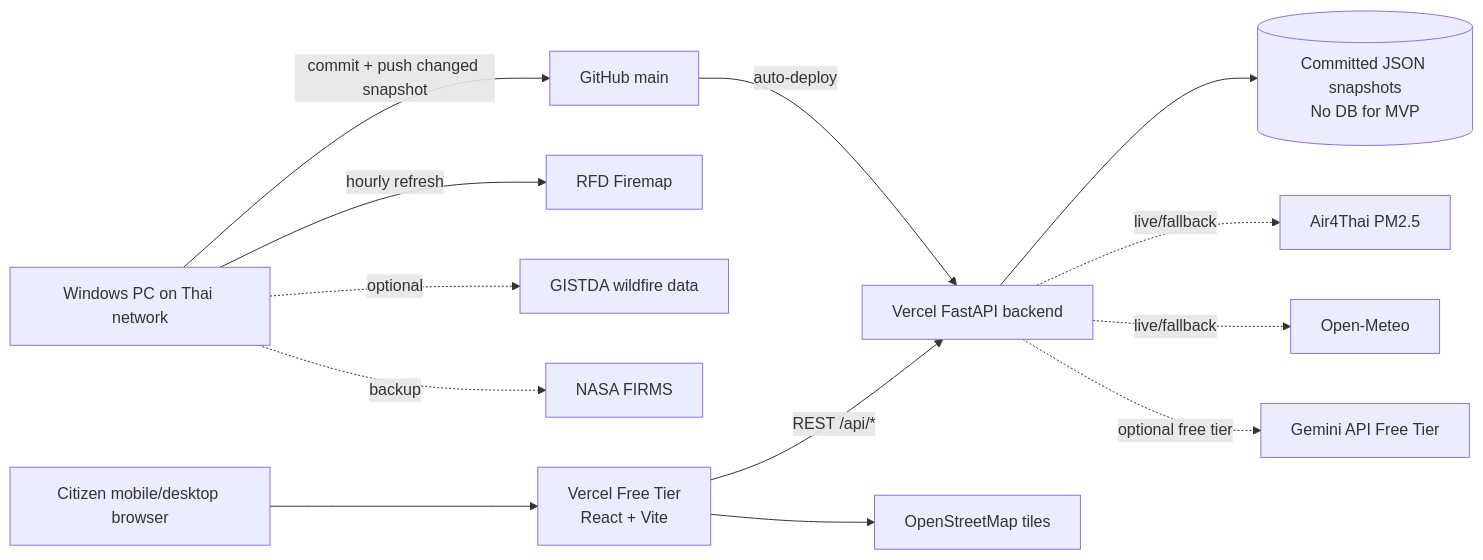
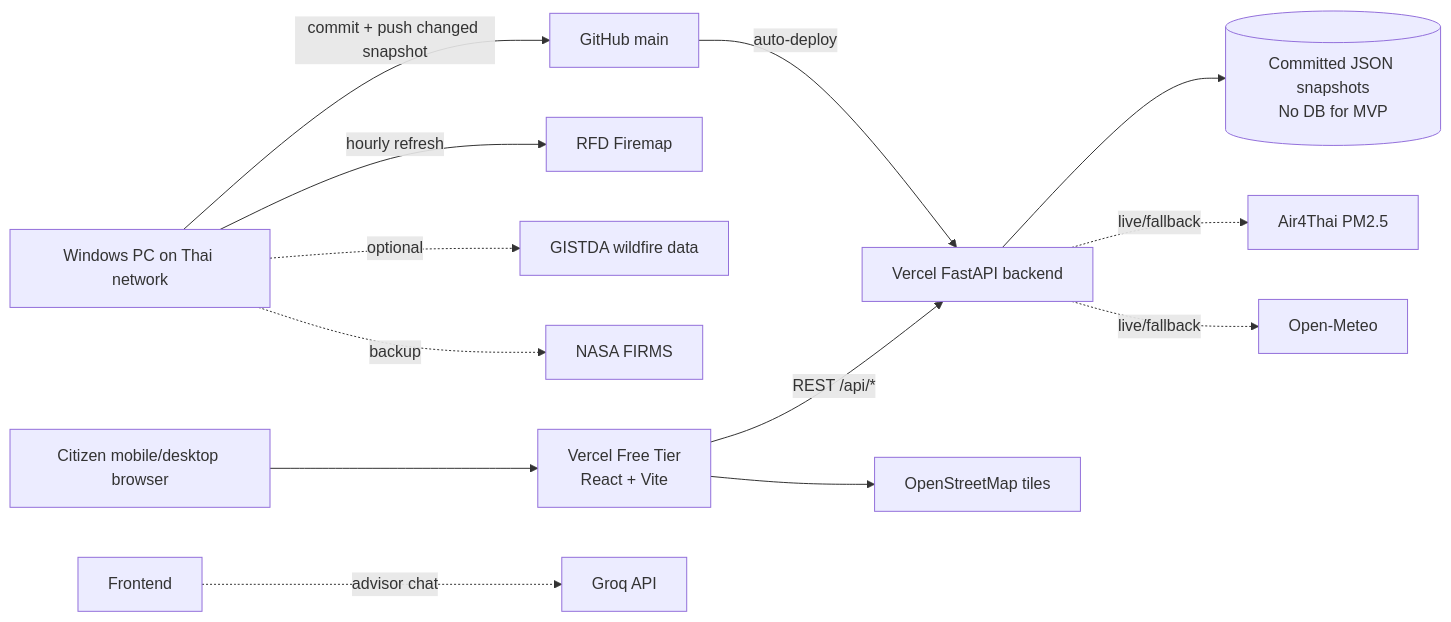
One commit to 67010655/ChiangMaiEyes changed the diagram in docs/ARCHITECTURE.md. Above: the diagram before and after it, drawn with Mermaid. The commit also changed 11 other files, not shown here.

Commit message:
fix(prod): refresh snapshots and use groq advisor

````diff
--- a/docs/ARCHITECTURE.md
+++ b/docs/ARCHITECTURE.md
@@ -5,15 +5,15 @@
 ```mermaid
 flowchart LR
   Citizen[Citizen mobile/desktop browser] --> Vercel[Vercel Free Tier\nReact + Vite]
   Vercel -->|REST /api/*| Backend[Vercel FastAPI backend]
   Backend --> Cache[(Committed JSON snapshots\nNo DB for MVP)]
   ThaiPC[Windows PC on Thai network] -->|hourly refresh| RFD[RFD Firemap]
   ThaiPC -. optional .-> GISTDA[GISTDA wildfire data]
   ThaiPC -. backup .-> FIRMS[NASA FIRMS]
   ThaiPC -->|commit + push changed snapshot| GitHub[GitHub main]
   GitHub -->|auto-deploy| Backend
   Backend -. live/fallback .-> Air4Thai[Air4Thai PM2.5]
   Backend -. live/fallback .-> OpenMeteo[Open-Meteo]
-  Backend -. optional free tier .-> Gemini[Gemini API Free Tier]
+  Frontend -. advisor chat .-> Groq[Groq API]
   Vercel --> OSM[OpenStreetMap tiles]
 ```
````
